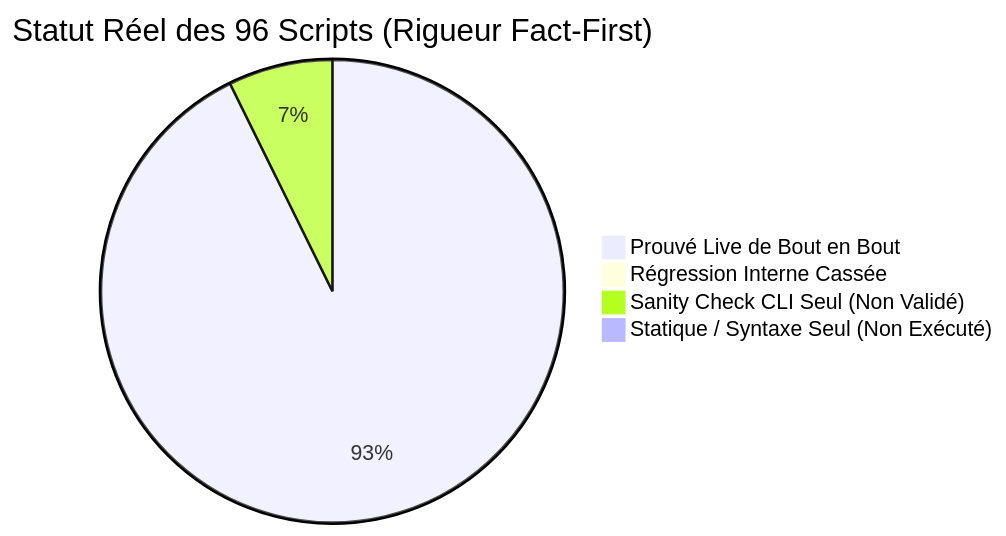
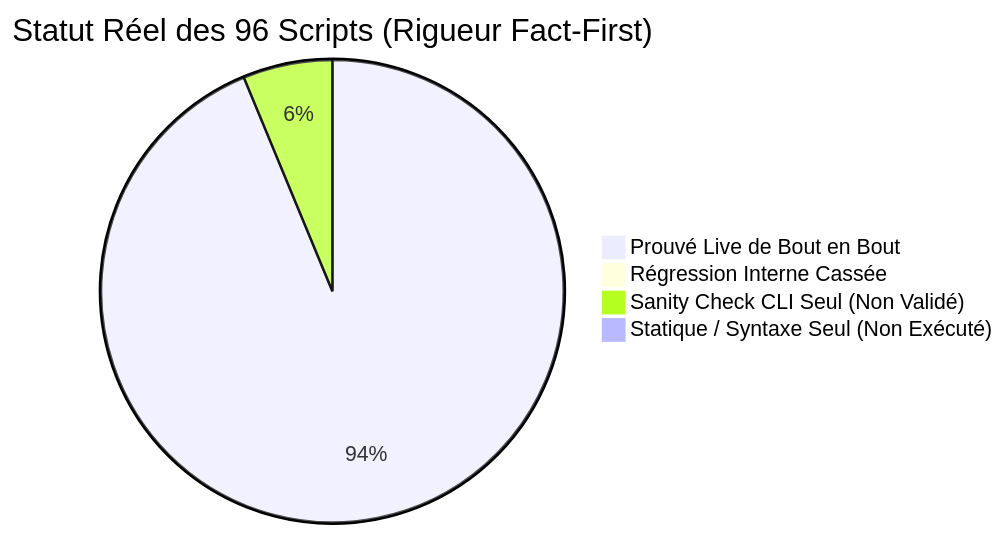
The diagram in docs/reference/2026-11-10-audit-exhaustif-scripts-regressions.md (yoyonel/pydbsrt), drawn with Mermaid before and after one commit. The commit also changed other lines of this file and 2 other files, not shown here.

Commit message:
fix(ingestion): dynamic root, absolute paths and non-destructive check mode in purge media (#69)

````diff
--- a/docs/reference/2026-11-10-audit-exhaustif-scripts-regressions.md
+++ b/docs/reference/2026-11-10-audit-exhaustif-scripts-regressions.md
@@ -16,7 +16,7 @@
 ```mermaid
 pie title Statut Réel des 96 Scripts (Rigueur Fact-First)
-    "Prouvé Live de Bout en Bout" : 89
+    "Prouvé Live de Bout en Bout" : 90
     "Régression Interne Cassée" : 0
-    "Sanity Check CLI Seul (Non Validé)" : 7
+    "Sanity Check CLI Seul (Non Validé)" : 6
     "Statique / Syntaxe Seul (Non Exécuté)" : 0
 ```
````
